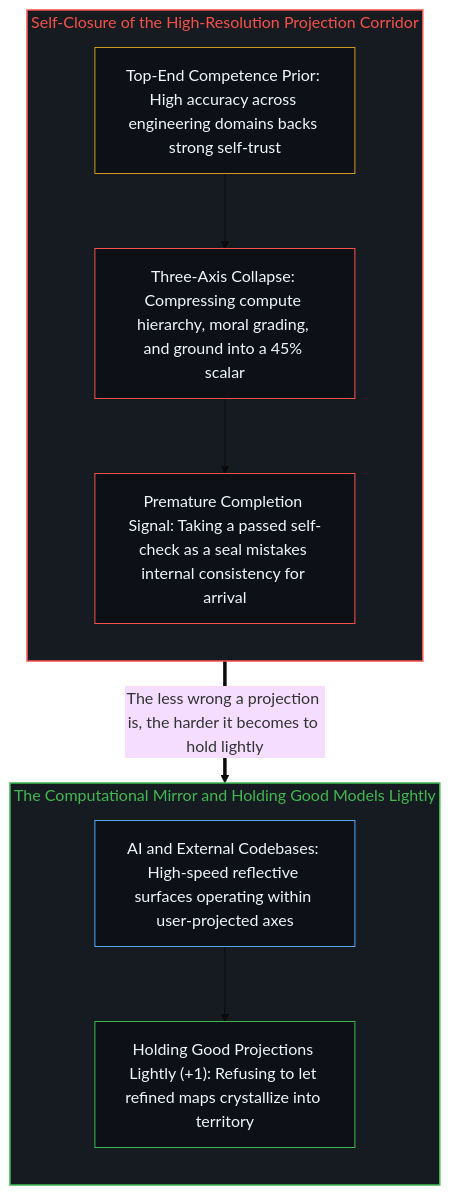
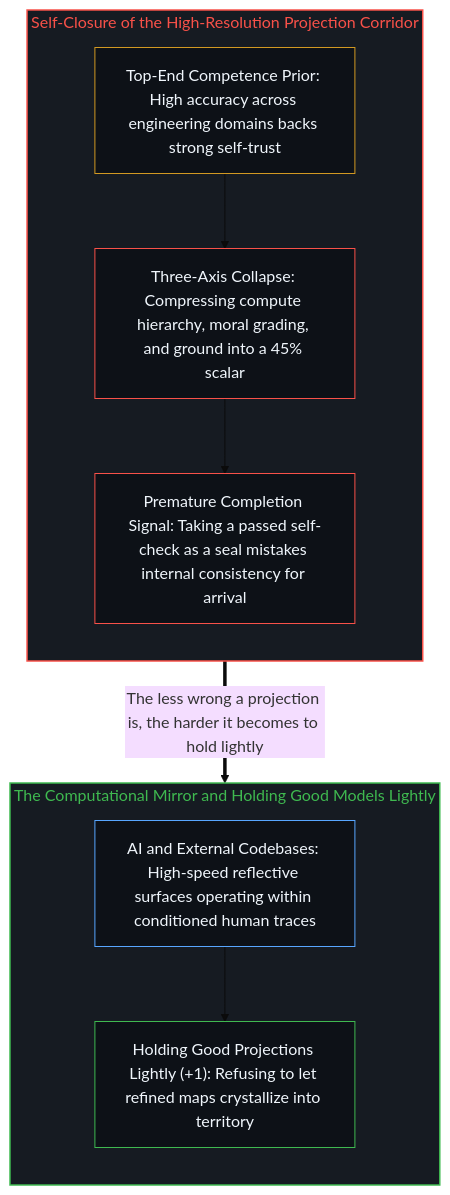
The second of 2 diagrams in content/posts/intelligence-traps-itself.md (powerpig99/not-a-toe), drawn with Mermaid (base theme) before and after one commit. The commit also changed other lines of this file and 5 other files, not shown here.

````diff
--- a/content/posts/intelligence-traps-itself.md
+++ b/content/posts/intelligence-traps-itself.md
@@ -44,24 +44,24 @@
 ```mermaid
 flowchart TD
     subgraph S_Corridor["Self-Closure of the High-Resolution Projection Corridor"]
         direction TB
         Prior["Top-End Competence Prior: High accuracy across engineering domains backs strong self-trust"]
         Collapse["Three-Axis Collapse: Compressing compute hierarchy, moral grading, and ground into a 45% scalar"]
         Arrive["Premature Completion Signal: Taking a passed self-check as a seal mistakes internal consistency for arrival"]
         Prior --> Collapse --> Arrive
     end
     subgraph S_Mirror["The Computational Mirror and Holding Good Models Lightly"]
         direction TB
-        Mirror["AI and External Codebases: High-speed reflective surfaces operating within user-projected axes"]
+        Mirror["AI and External Codebases: High-speed reflective surfaces operating within conditioned human traces"]
         Light["Holding Good Projections Lightly (+1): Refusing to let refined maps crystallize into territory"]
         Mirror --> Light
     end
     Arrive ==>|"The less wrong a projection is, the harder it becomes to hold lightly"| Mirror
     style S_Corridor fill:#161b22,stroke:#f85149,stroke-width:1.5px,color:#f85149
     style S_Mirror fill:#161b22,stroke:#3fb950,stroke-width:1.5px,color:#3fb950
     style Prior fill:#0d1117,stroke:#d29922,stroke-width:1px,color:#f0f6fc
     style Collapse fill:#0d1117,stroke:#f85149,stroke-width:1px,color:#f0f6fc
     style Arrive fill:#0d1117,stroke:#f85149,stroke-width:1px,color:#f0f6fc
     style Mirror fill:#0d1117,stroke:#58a6ff,stroke-width:1px,color:#f0f6fc
     style Light fill:#0d1117,stroke:#3fb950,stroke-width:1px,color:#f0f6fc
 ```
````
